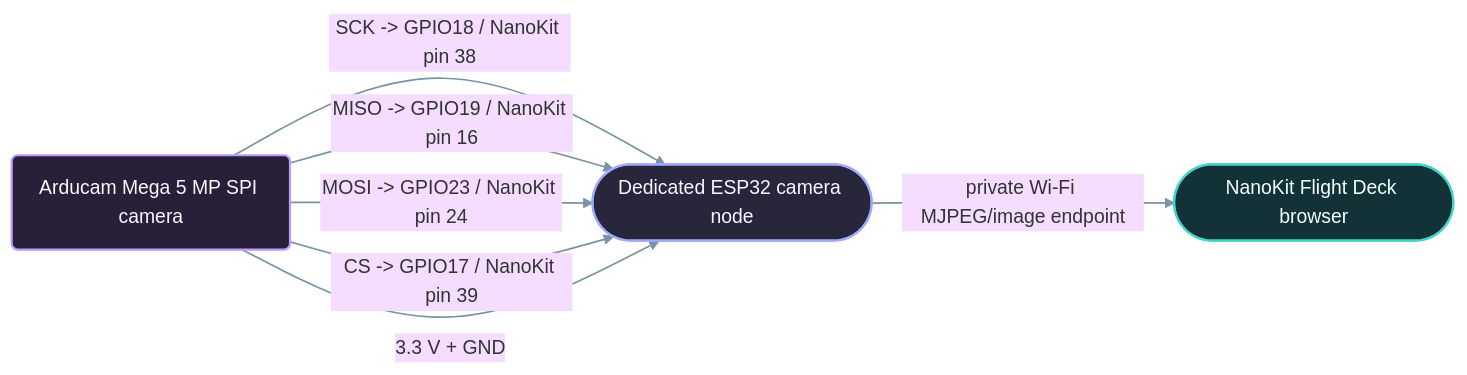
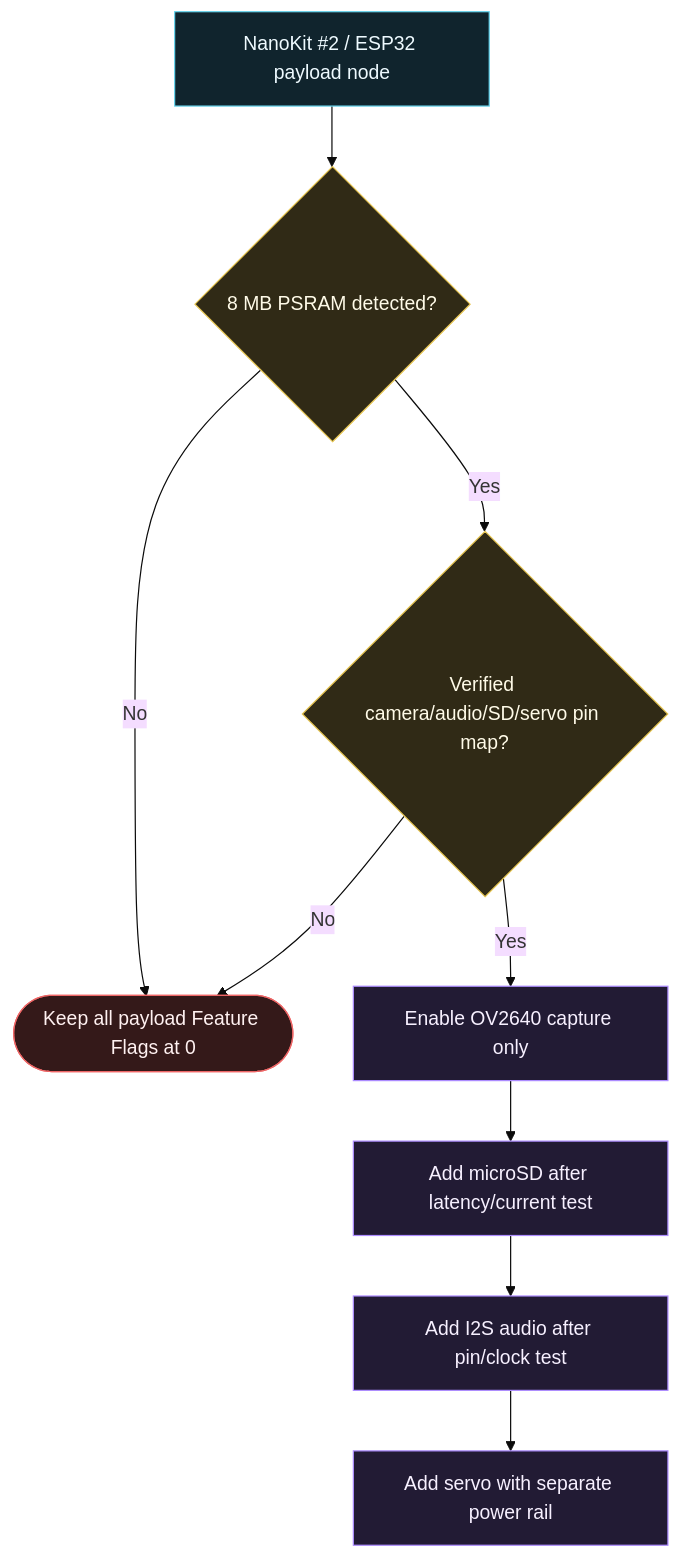
The diagram in open_source_projects/nanokit_drone_4x_quadcopter/images/camera-wiring.md (ProAmineOfficial/NanoKit-ESP32), drawn with Mermaid (base theme) before and after one commit. The commit also changed other lines of this file and 58 other files, not shown here.

Commit message:
feat(drone): migrate Flight Deck control to Wi-Fi

````diff
--- a/open_source_projects/nanokit_drone_4x_quadcopter/images/camera-wiring.md
+++ b/open_source_projects/nanokit_drone_4x_quadcopter/images/camera-wiring.md
@@ -5,21 +5,26 @@
 ```mermaid
-flowchart LR
-  Camera("Arducam Mega 5 MP SPI camera")
-  Node(["Dedicated ESP32 camera node"])
-  Deck(["NanoKit Flight Deck browser"])
+flowchart TD
+  Board["NanoKit #2 / ESP32 payload node"]
+  PSRAM{"8 MB PSRAM detected?"}
+  Pins{"Verified camera/audio/SD/servo pin map?"}
+  Locked(["Keep all payload Feature Flags at 0"])
+  Stage1["Enable OV2640 capture only"]
+  Stage2["Add microSD after latency/current test"]
+  Stage3["Add I2S audio after pin/clock test"]
+  Stage4["Add servo with separate power rail"]
 
-  Camera -->|"SCK -> GPIO18 / NanoKit pin 38"| Node
-  Camera -->|"MISO -> GPIO19 / NanoKit pin 16"| Node
-  Camera -->|"MOSI -> GPIO23 / NanoKit pin 24"| Node
-  Camera -->|"CS -> GPIO17 / NanoKit pin 39"| Node
-  Camera -->|"3.3 V + GND"| Node
-  Node -->|"private Wi-Fi MJPEG/image endpoint"| Deck
+  Board --> PSRAM
+  PSRAM -->|"No"| Locked
+  PSRAM -->|"Yes"| Pins
+  Pins -->|"No"| Locked
+  Pins -->|"Yes"| Stage1 --> Stage2 --> Stage3 --> Stage4
 
-  classDef sensor fill:#282039,stroke:#b99bff,stroke-width:1.8px,color:#faf6ff
-  classDef external fill:#28263a,stroke:#9ea9ff,stroke-width:1.8px,color:#f7f6ff
-  classDef communication fill:#123237,stroke:#42d4c5,stroke-width:1.8px,color:#f2fffd
-  class Camera sensor
-  class Node external
-  class Deck communication
-  linkStyle default stroke:#7894a5,stroke-width:1.4px
+  classDef controller fill:#10242d,stroke:#67d5ee,color:#eefaff
+  classDef condition fill:#302a16,stroke:#e7c653,color:#fffbe8
+  classDef safety fill:#341919,stroke:#ee6666,color:#fff1f1
+  classDef payload fill:#221b34,stroke:#ad8cff,color:#f7f0ff
+  class Board controller
+  class PSRAM,Pins condition
+  class Locked safety
+  class Stage1,Stage2,Stage3,Stage4 payload
 ```
````
